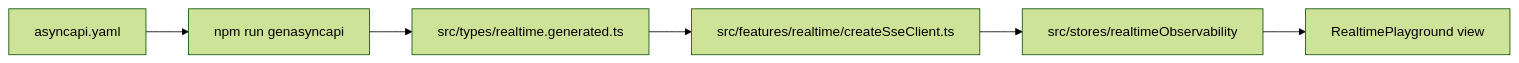
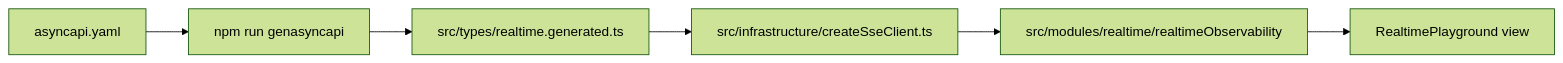
Before and after one commit to Guebbit/boilerplate-vue-frontend: the third of 6 diagrams in README.md, drawn with Mermaid (forest theme). The commit also changed other lines of this file and 385 other files, not shown here.

First line of the commit message:
feat!: 2.0.0 — modular architecture, tiered substrate, contracts as backend output

````diff
--- a/README.md
+++ b/README.md
@@ -399,8 +423,8 @@
 ```mermaid
 flowchart LR
     A[asyncapi.yaml] --> G[npm run genasyncapi]
     G --> T[src/types/realtime.generated.ts]
-    T --> C[src/features/realtime/createSseClient.ts]
-    C --> S[src/stores/realtimeObservability]
+    T --> C[src/infrastructure/createSseClient.ts]
+    C --> S[src/modules/realtime/realtimeObservability]
     S --> V[RealtimePlayground view]
 ```
````
